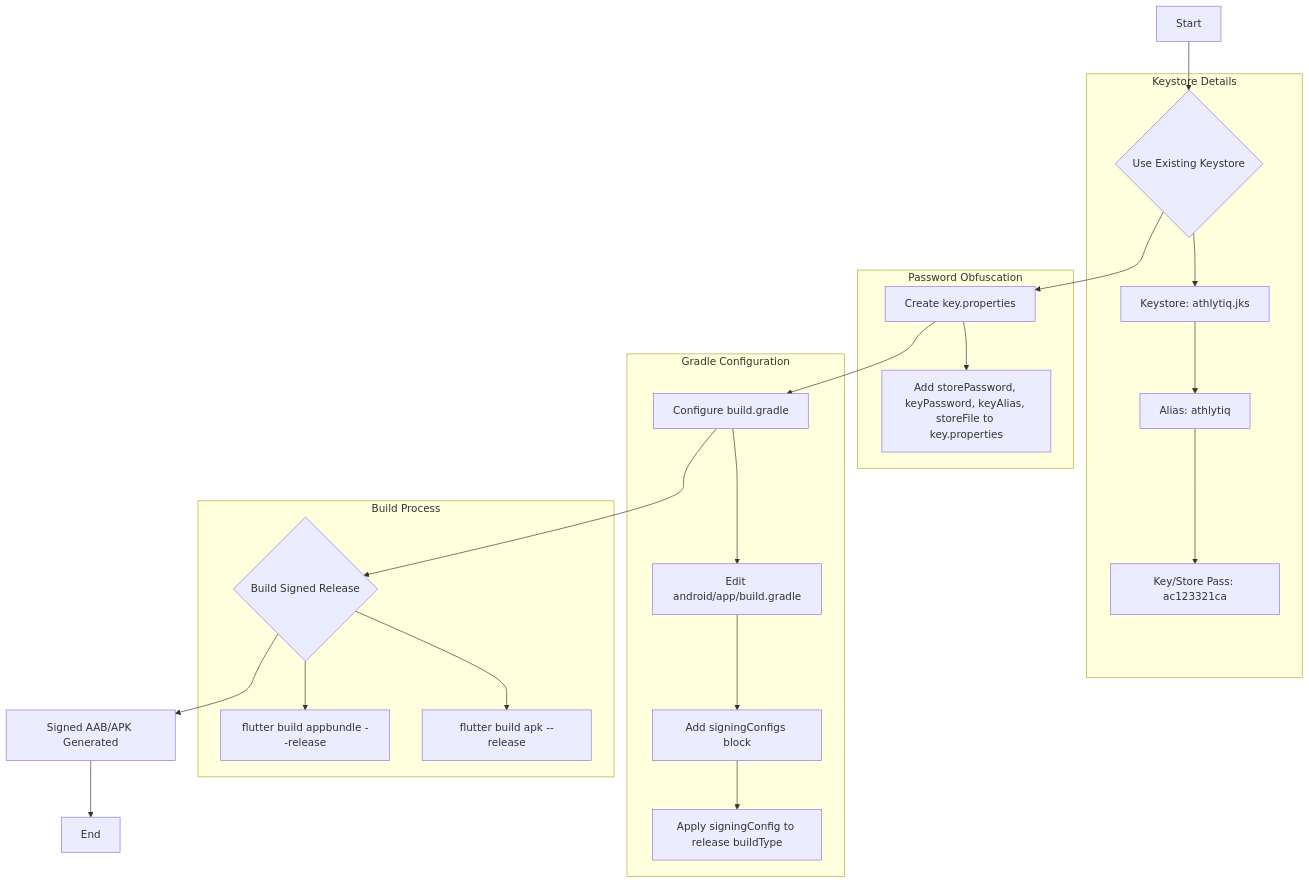
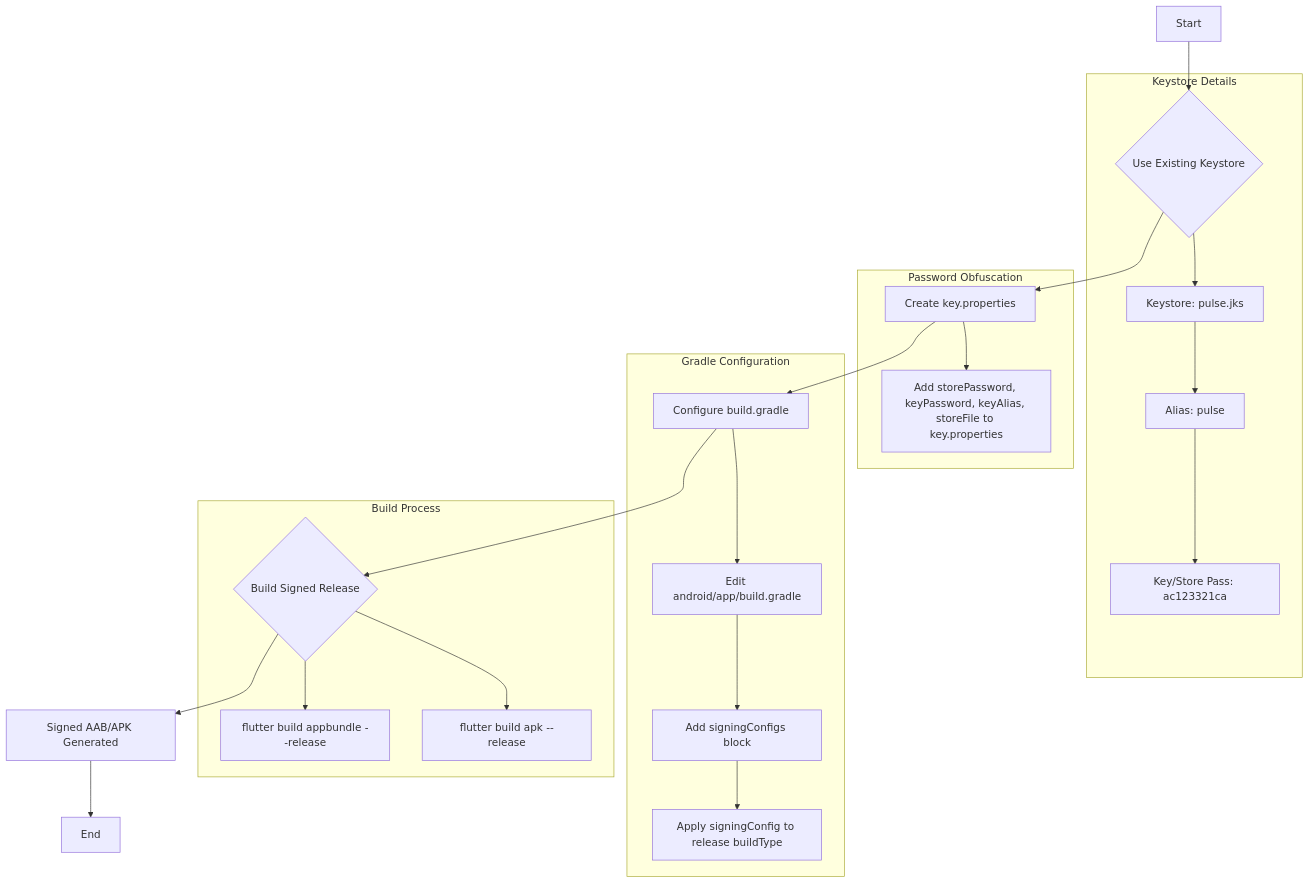
The diagram in fitnation/Android_Signing_Build_Plan.md (lonnewolf120/athlytiq_sdp), drawn with Mermaid before and after one commit. The commit also changed other lines of this file and 36 other files, not shown here.

````diff
--- a/fitnation/Android_Signing_Build_Plan.md
+++ b/fitnation/Android_Signing_Build_Plan.md
@@ -9,30 +9,30 @@
 ```mermaid
 graph TD
     A[Start] --> B{Use Existing Keystore};
     B --> C[Create key.properties];
     C --> D[Configure build.gradle];
     D --> E{Build Signed Release};
     E --> F[Signed AAB/APK Generated];
     F --> G[End];
 
     subgraph Keystore Details
-        B --> B1[Keystore: athlytiq.jks];
-        B1 --> B2[Alias: athlytiq];
+    B --> B1[Keystore: pulse.jks];
+    B1 --> B2[Alias: pulse];
         B2 --> B3[Key/Store Pass: ac123321ca];
     end
 
     subgraph Password Obfuscation
         C --> C1[Add storePassword, keyPassword, keyAlias, storeFile to key.properties];
     end
 
     subgraph Gradle Configuration
         D --> D1[Edit android/app/build.gradle];
         D1 --> D2[Add signingConfigs block];
         D2 --> D3[Apply signingConfig to release buildType];
     end
 
     subgraph Build Process
         E --> E1[flutter build appbundle --release];
         E --> E2[flutter build apk --release];
     end
 ```
````
